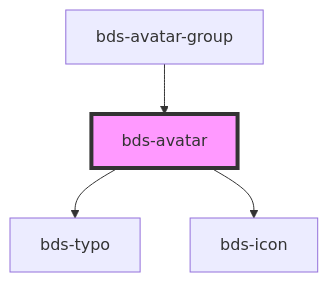
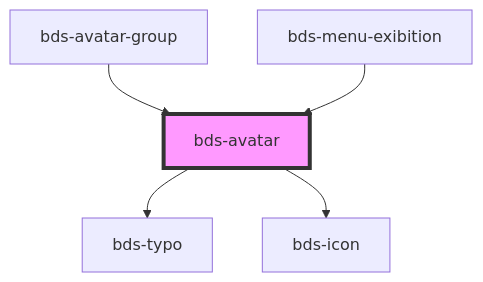
The diagram in src/components/avatar/readme.md (takenet/blip-ds), drawn with Mermaid before and after one commit. The commit also changed other lines of this file and 16 other files, not shown here.

````diff
--- a/src/components/avatar/readme.md
+++ b/src/components/avatar/readme.md
@@ -31,7 +32,8 @@
 ```mermaid
 graph TD;
   bds-avatar --> bds-typo
   bds-avatar --> bds-icon
   bds-avatar-group --> bds-avatar
+  bds-menu-exibition --> bds-avatar
   style bds-avatar fill:#f9f,stroke:#333,stroke-width:4px
 ```
````
